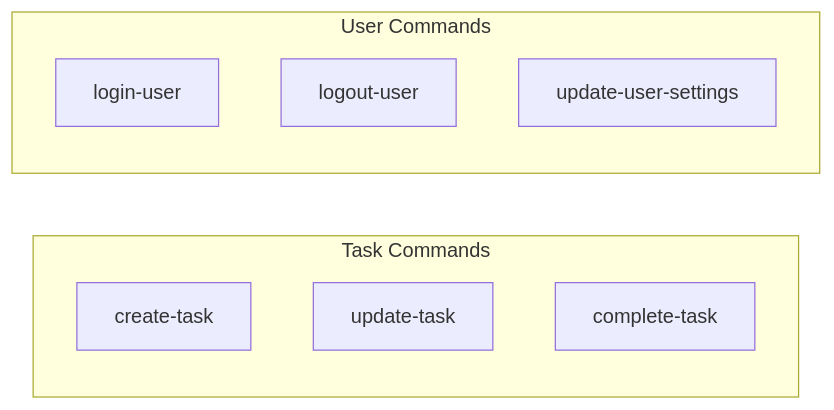
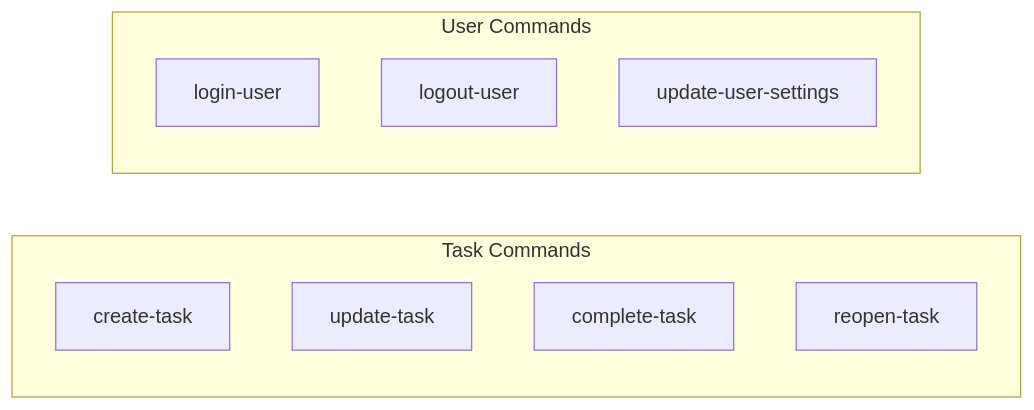
One commit to MisterVVP/prism-plan changed the diagram in docs/commands.md. Above: the diagram before and after it, drawn with Mermaid. The commit also changed other lines of this file and 24 other files, not shown here.

````diff
--- a/docs/commands.md
+++ b/docs/commands.md
@@ -5,13 +5,14 @@
 ```mermaid
 flowchart LR
     subgraph Task Commands
         CTC[create-task]
         UTC[update-task]
         CMTC[complete-task]
+        RTC[reopen-task]
     end
     subgraph User Commands
         LUC[login-user]
         LOC[logout-user]
         UUS[update-user-settings]
     end
 ```
````
